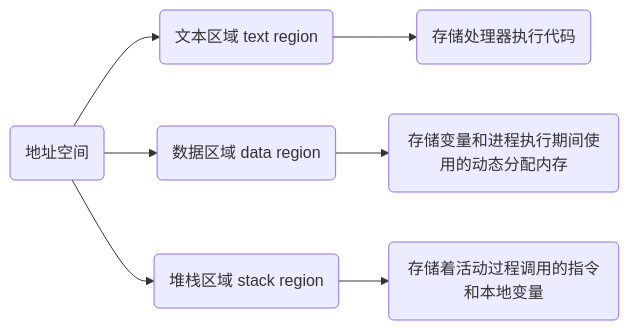
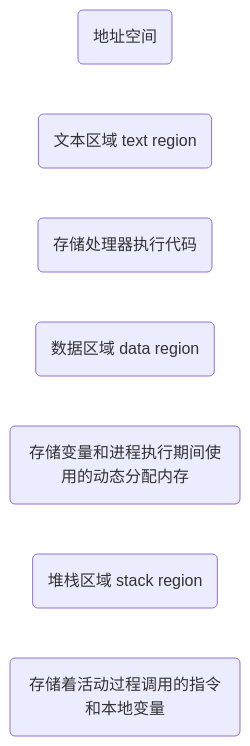
Before and after one commit to dmjcb/SelfBlog: the diagram in OS/2023-03-13-进程与线程.md, drawn with Mermaid. The commit also changed other lines of this file and 224 other files, not shown here.

````diff
--- a/OS/2023-03-13-进程与线程.md
+++ b/OS/2023-03-13-进程与线程.md
@@ -31,16 +31,13 @@
 ```mermaid
 graph LR;
     A(地址空间)
     T(文本区域 text region)
     T1(存储处理器执行代码)
 
     D(数据区域 data region)
     D1(存储变量和进程执行期间使用的动态分配内存)
     
     S(堆栈区域 stack region)
     S1(存储着活动过程调用的指令和本地变量)
 
-    A-->T-->T1
-    A-->D-->D1
-    A-->S-->S1
 ```
````
